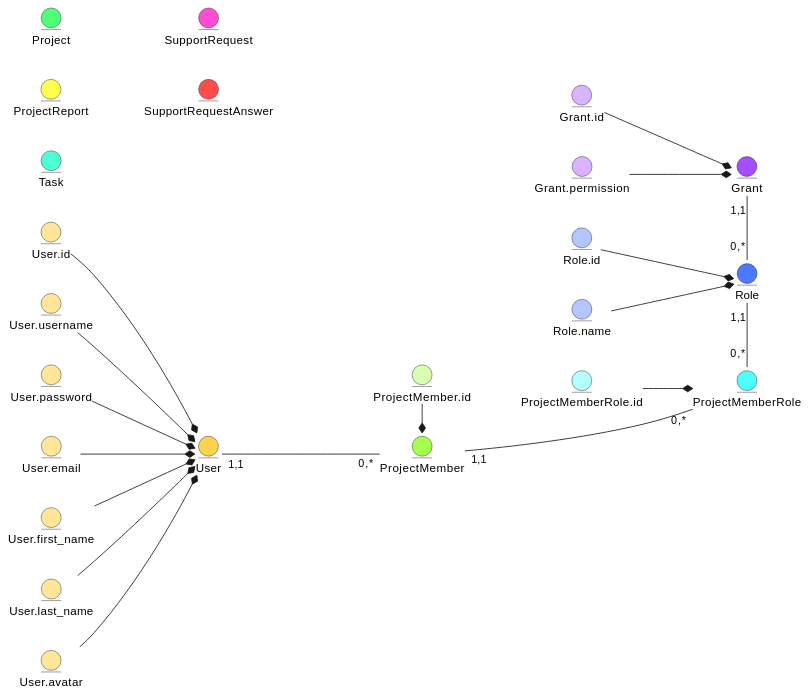
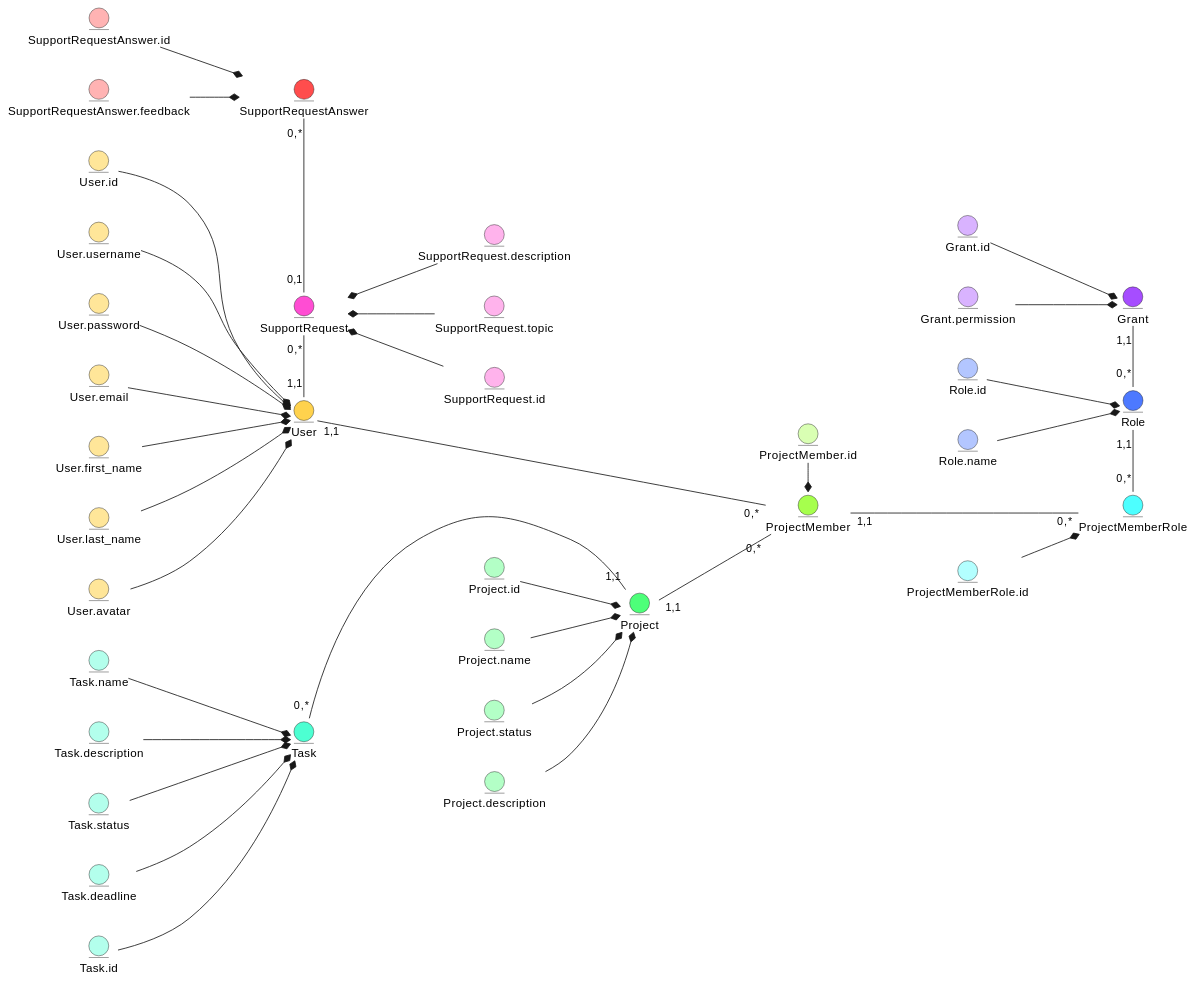
One commit to wiiiolettaaaaa/coursework_database changed the diagram in docs/design/README.md. Above: the diagram before and after it, drawn with PlantUML.

Commit message:
documentation #42: written moddel of buisness objects, part 2
closes #42

```diff
--- a/docs/design/README.md
+++ b/docs/design/README.md
@@ -53,18 +53,56 @@
 
 
     entity Project #4dff79
-    entity ProjectReport #ffff4d
+    entity Project.id #b3ffc6
+    entity Project.name #b3ffc6
+    entity Project.description #b3ffc6
+    entity Project.status #b3ffc6
+
+    Project.id -d-* Project
+    Project.name -d-* Project
+    Project.description -d-* Project
+    Project.status -d-* Project
+
     entity Task #4dffd2
+    entity Task.id #b3ffec
+    entity Task.name #b3ffec
+    entity Task.description #b3ffec
+    entity Task.status #b3ffec
+    entity Task.deadline #b3ffec
+
+    Task.id -d-* Task
+    Task.name -d-* Task
+    Task.description -d-* Task
+    Task.status -d-* Task
+    Task.deadline -d-* Task
+
     entity SupportRequest #ff4dd3
+    entity SupportRequest.id #ffb3ec
+    entity SupportRequest.description #ffb3ec
+    entity SupportRequest.topic #ffb3ec
+
+    SupportRequest.id -u-* SupportRequest
+    SupportRequest.topic -u-* SupportRequest
+    SupportRequest.description -u-* SupportRequest
+
     entity SupportRequestAnswer #ff4d4d
+    entity SupportRequestAnswer.id #ffb3b3
+    entity SupportRequestAnswer.feedback #ffb3b3
 
-
-
+    SupportRequestAnswer.id -d-* SupportRequestAnswer
+    SupportRequestAnswer.feedback -d-* SupportRequestAnswer
 
     User "1,1" -d-- "0,*" ProjectMember
     Grant "1,1" -r- "0,*" Role
 
     ProjectMemberRole "0,*" -l-- "1,1" Role
     ProjectMemberRole "0,*" -u-- "1,1" ProjectMember
+    ProjectMember "0,*" -u-- "1,1" Project
+    Project "1,1" -u-- "0,*" Task
+    Task -l[hidden]-> User
+    SupportRequest.topic -l[hidden]-> Project.status
+
+    SupportRequest "0,*" -r-- "1,1" User
+    SupportRequestAnswer "0,*" -r-- "0,1" SupportRequest
 
 @enduml
```
